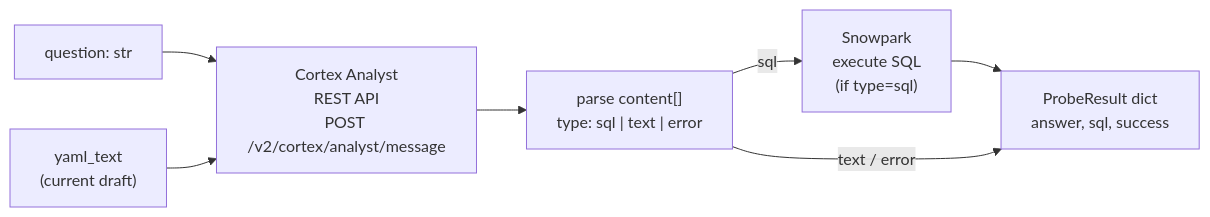
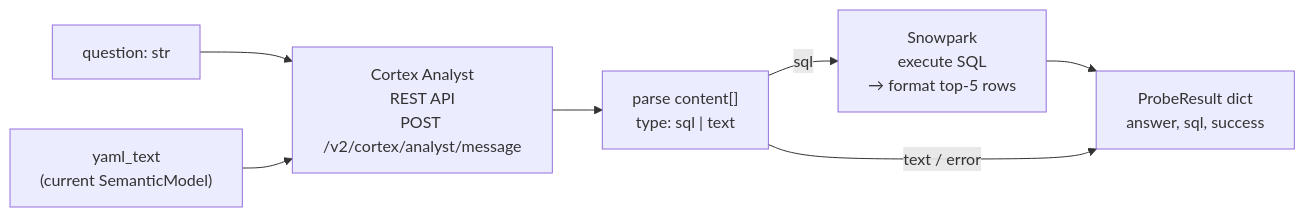
Before and after one commit to CynicDog/semantic-model-weaver: the eighth of 13 diagrams in .claude/architecture/ARCHITECTURE.md, drawn with Mermaid. The commit also changed other lines of this file and 21 other files, not shown here.

````diff
--- a/.claude/architecture/ARCHITECTURE.md
+++ b/.claude/architecture/ARCHITECTURE.md
@@ -291,13 +415,13 @@
 ```mermaid
 flowchart LR
     q["question: str"]
-    yaml["yaml_text\n(current draft)"]
+    yaml["yaml_text\n(current SemanticModel)"]
     http["Cortex Analyst\nREST API\nPOST /v2/cortex/analyst/message"]
-    parse["parse content[]\ntype: sql | text | error"]
-    exec["Snowpark\nexecute SQL\n(if type=sql)"]
+    parse["parse content[]\ntype: sql | text"]
+    exec["Snowpark\nexecute SQL\n→ format top-5 rows"]
     out["ProbeResult dict\nanswer, sql, success"]
 
     q & yaml --> http --> parse
     parse -- "sql" --> exec --> out
     parse -- "text / error" --> out
 ```
````
